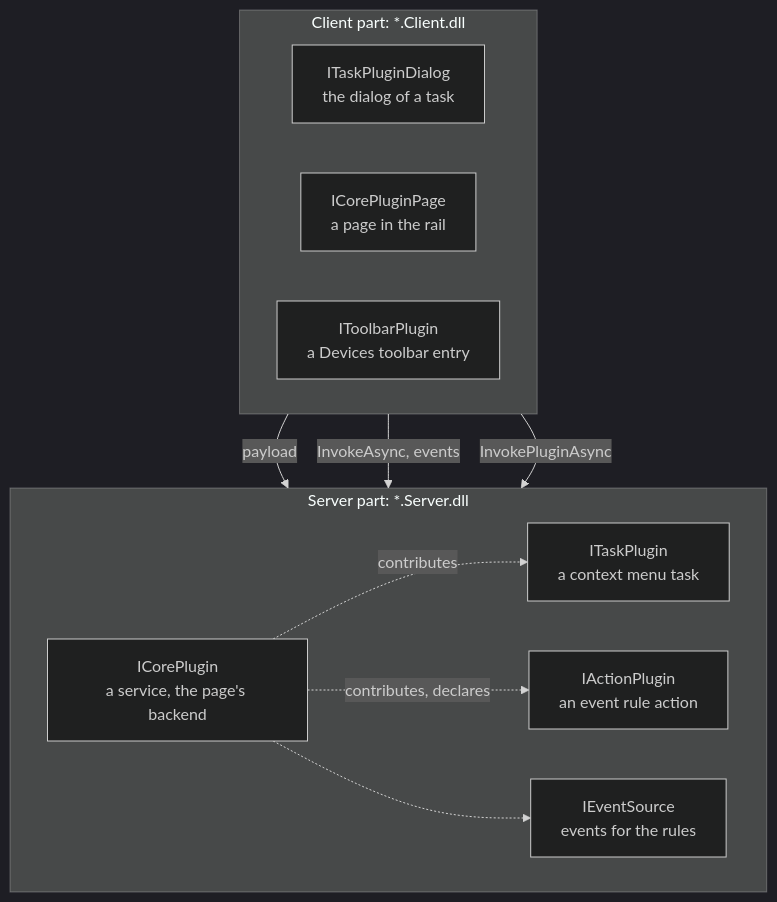
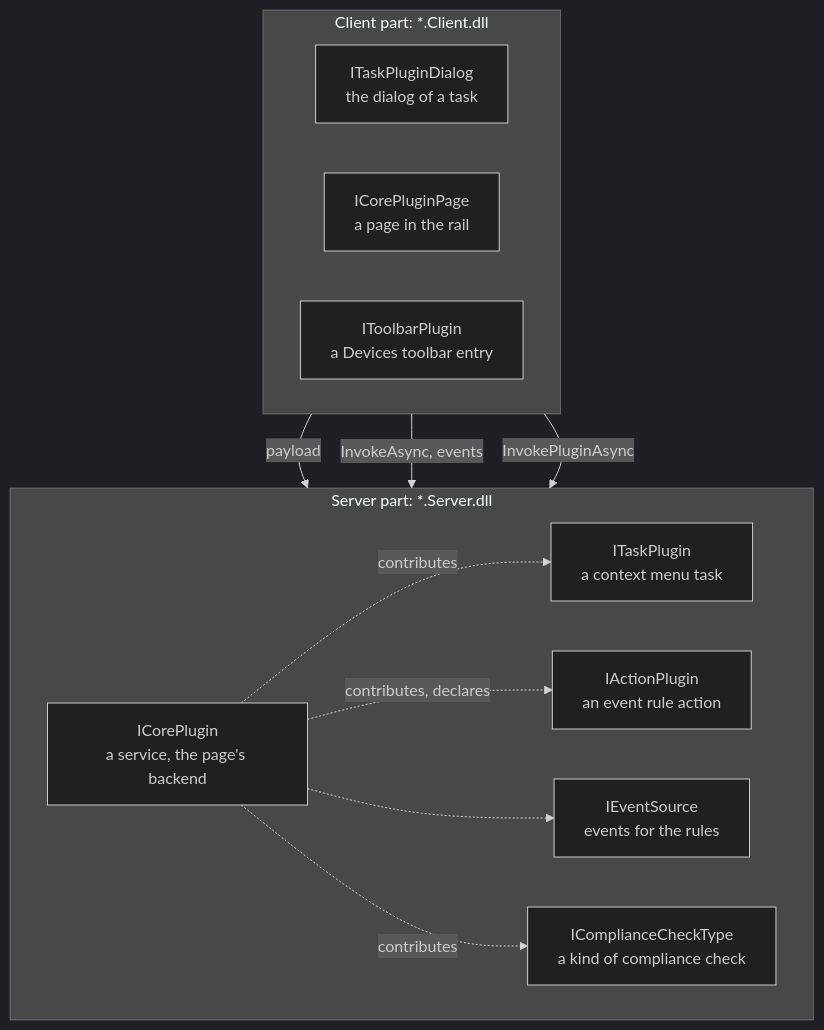
The diagram in website/src/content/docs/dev/plugins.md (Cacsjep/oadm), drawn with Mermaid (dark theme) before and after one commit. The commit also changed other lines of this file and 36 other files, not shown here.

````diff
--- a/website/src/content/docs/dev/plugins.md
+++ b/website/src/content/docs/dev/plugins.md
@@ -23,22 +24,24 @@
 ```mermaid
 flowchart TB
     subgraph C["Client part: *.Client.dll"]
         direction LR
         DLG["ITaskPluginDialog<br/>the dialog of a task"]
         PG["ICorePluginPage<br/>a page in the rail"]
         TB["IToolbarPlugin<br/>a Devices toolbar entry"]
     end
     subgraph S["Server part: *.Server.dll"]
         direction LR
         TP["ITaskPlugin<br/>a context menu task"]
         CPl["ICorePlugin<br/>a service, the page's backend"]
         AP["IActionPlugin<br/>an event rule action"]
         EV["IEventSource<br/>events for the rules"]
+        CC["IComplianceCheckType<br/>a kind of compliance check"]
     end
     DLG -->|"payload"| TP
     PG -->|"InvokeAsync, events"| CPl
     TB -->|"InvokePluginAsync"| CPl
     CPl -.->|"contributes"| TP
     CPl -.->|"contributes, declares"| AP
     CPl -.-> EV
+    CPl -.->|"contributes"| CC
 ```
````
